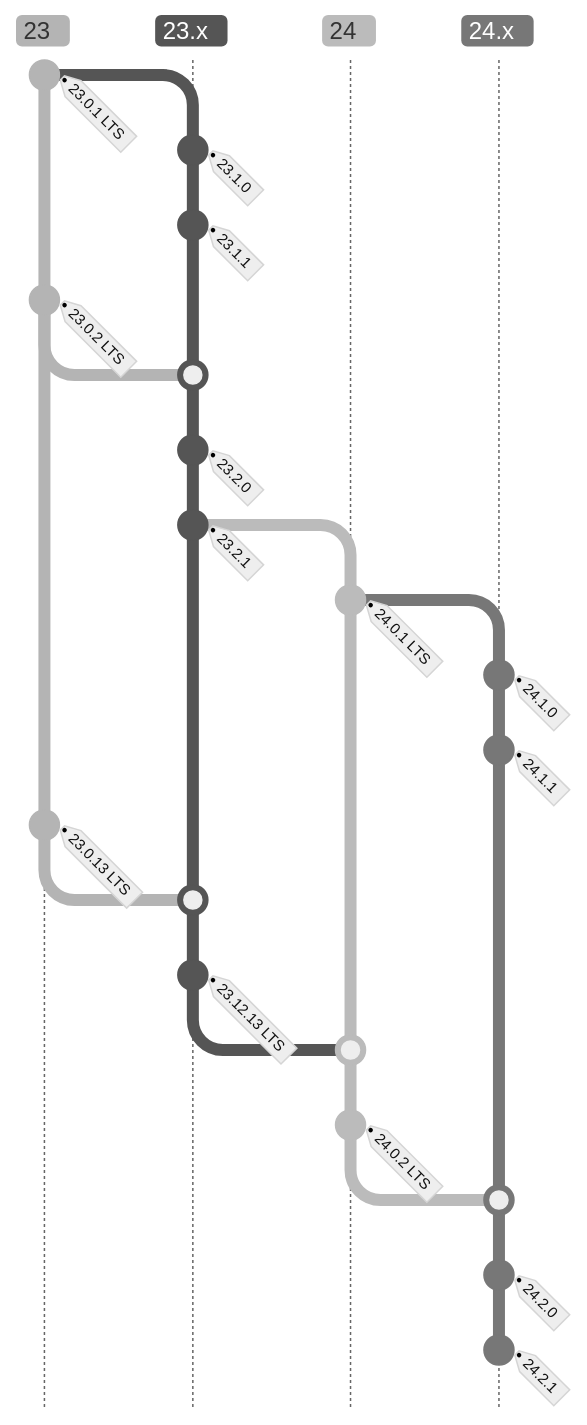
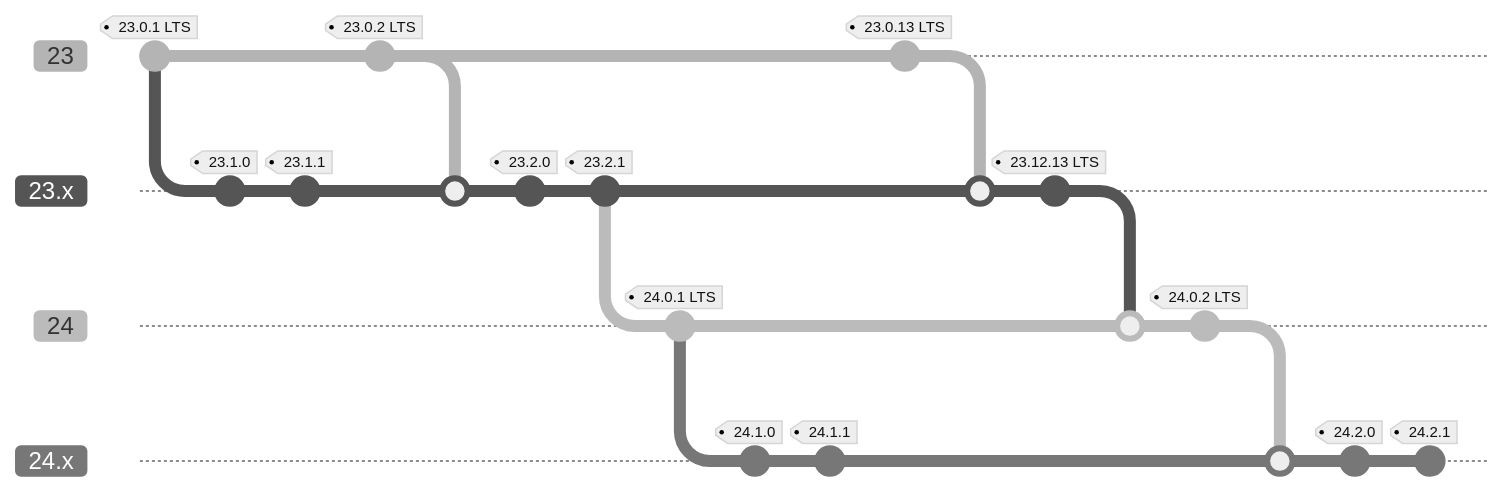
Before and after one commit to htcondor/htcondor: the diagram in docs/version-history/introduction-version-history.rst, drawn with Mermaid (neutral theme). Commit ids are hidden.

Commit message:
HTCONDOR-3382: git graph left to right looks better

```diff
--- a/docs/version-history/introduction-version-history.rst
+++ b/docs/version-history/introduction-version-history.rst
@@ -86,31 +86,31 @@
 .. mermaid::
 
    %%{init: { 'gitGraph': {'showCommitLabel': false, 'mainBranchName': '23'}} }%%
-   gitGraph TB:
+   gitGraph LR:
     commit tag:"23.0.1 LTS"
     branch "23.x"
     commit tag:"23.1.0"
     commit tag:"23.1.1"
     checkout "23"
     commit tag:"23.0.2 LTS"
     checkout "23.x"
     merge "23"
     commit tag:"23.2.0"
     commit tag:"23.2.1"
     branch "24"
     commit tag:"24.0.1 LTS"
     branch "24.x"
     commit tag:"24.1.0"
     commit tag:"24.1.1"
     checkout "23"
     commit tag:"23.0.13 LTS"
     checkout "23.x"
     merge "23"
     commit tag:"23.12.13 LTS"
     checkout "24"
     merge "23.x"
     commit tag:"24.0.2 LTS"
     checkout "24.x"
     merge "24"
     commit tag:"24.2.0"
     commit tag:"24.2.1"
```
